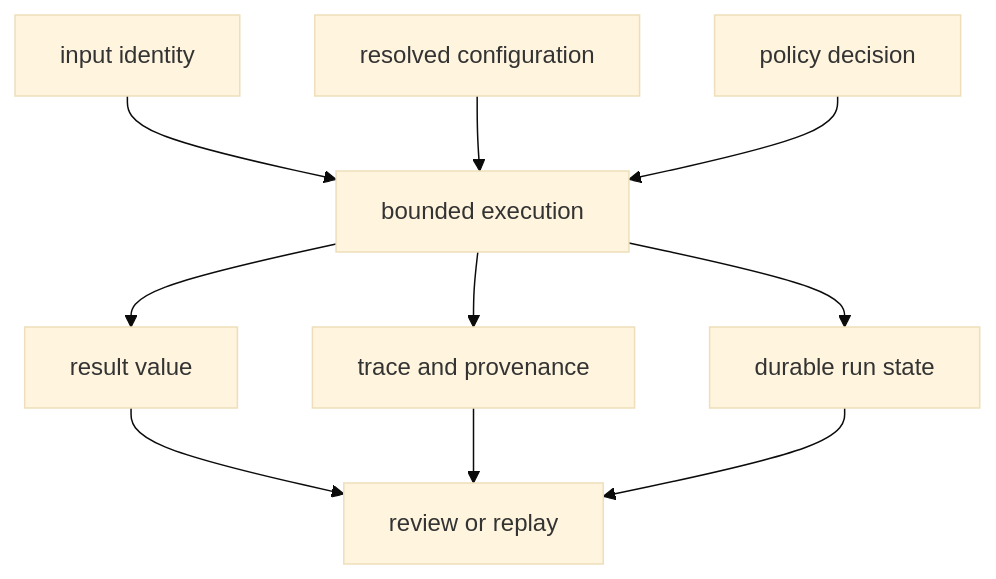
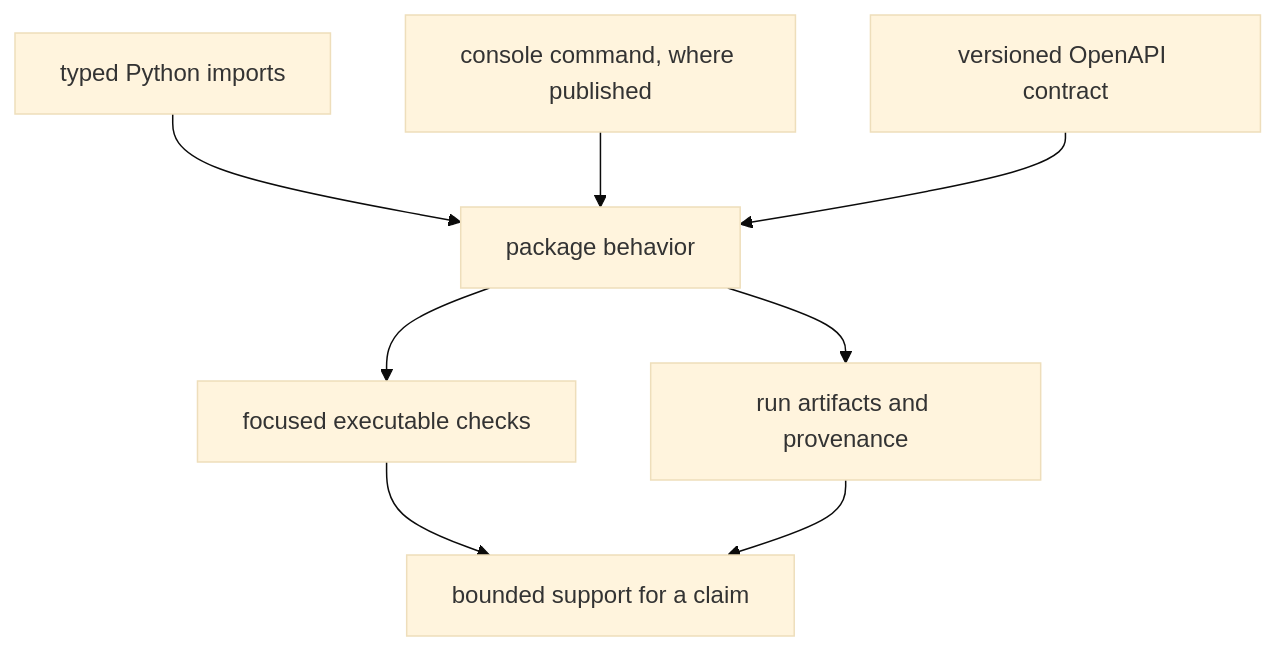
Before and after one commit to bijux/bijux-canon: the second of 2 diagrams in docs/01-bijux-canon/foundation/platform-overview.md, drawn with Mermaid (base theme). The commit also changed other lines of this file and 2 other files, not shown here.

Commit message:
docs(platform): define package authority and repository scope

````diff
--- a/docs/01-bijux-canon/foundation/platform-overview.md
+++ b/docs/01-bijux-canon/foundation/platform-overview.md
@@ -61,12 +83,10 @@
 ```mermaid
 flowchart TD
-    input["input identity"] --> execution["bounded execution"]
-    config["resolved configuration"] --> execution
-    policy["policy decision"] --> execution
-    execution --> value["result value"]
-    execution --> evidence["trace and provenance"]
-    execution --> state["durable run state"]
-    value --> review["review or replay"]
-    evidence --> review
-    state --> review
+    imports["typed Python imports"] --> behavior["package behavior"]
+    command["console command, where published"] --> behavior
+    http["versioned OpenAPI contract"] --> behavior
+    behavior --> tests["focused executable checks"]
+    behavior --> artifacts["run artifacts and provenance"]
+    tests --> claim["bounded support for a claim"]
+    artifacts --> claim
 ```
````
